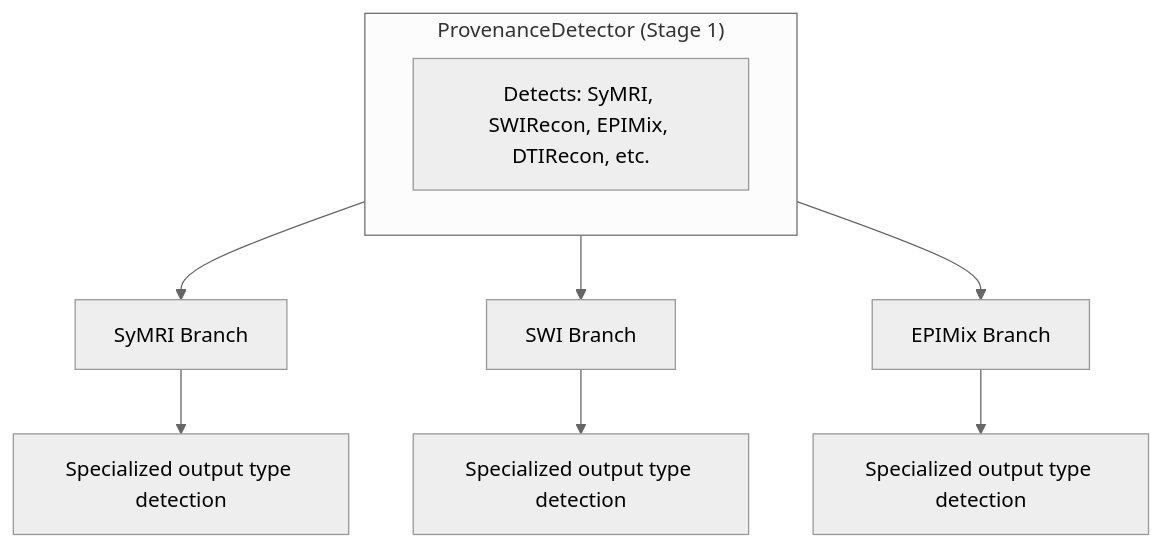
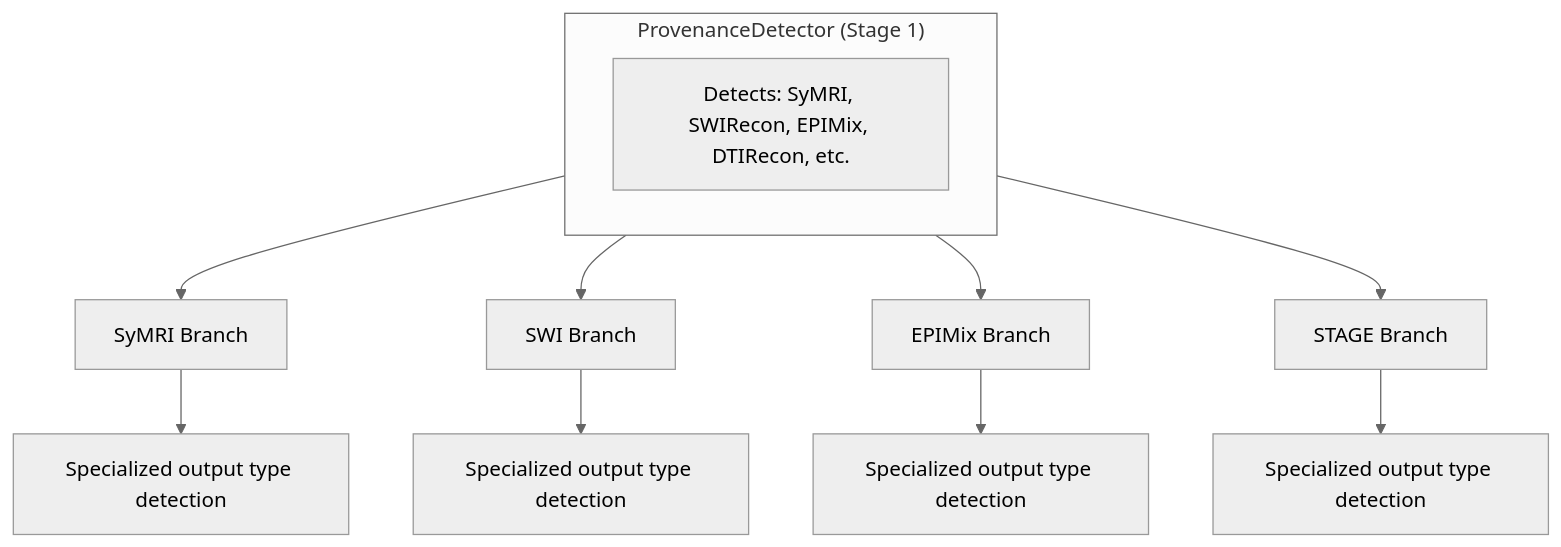
The diagram in docs/classification/branches/index.md (NeuroGranberg/NILS), drawn with Mermaid (neutral theme) before and after one commit. The commit also changed other lines of this file and 26 other files, not shown here.

````diff
--- a/docs/classification/branches/index.md
+++ b/docs/classification/branches/index.md
@@ -30,14 +31,16 @@
 ```mermaid
 flowchart TB
     subgraph stage1["ProvenanceDetector (Stage 1)"]
         pd["Detects: SyMRI, SWIRecon, EPIMix, DTIRecon, etc."]
     end
 
     stage1 --> symri["SyMRI Branch"]
     stage1 --> swi["SWI Branch"]
     stage1 --> epimix["EPIMix Branch"]
+    stage1 --> stagebr["STAGE Branch"]
 
     symri --> s1["Specialized output type detection"]
     swi --> s2["Specialized output type detection"]
     epimix --> s3["Specialized output type detection"]
+    stagebr --> s4["Specialized output type detection"]
 ```
````
